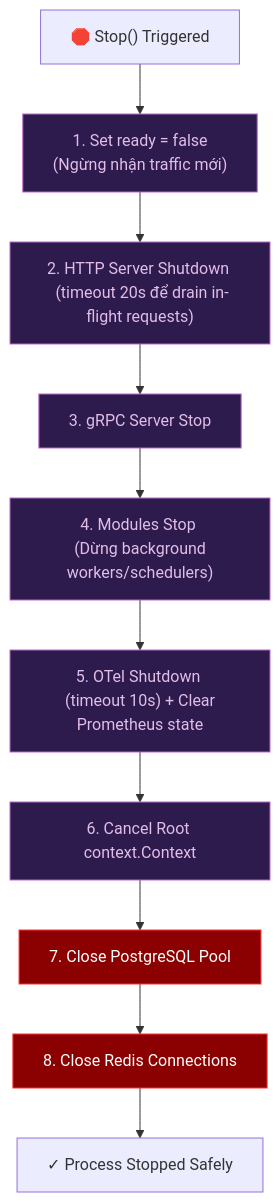
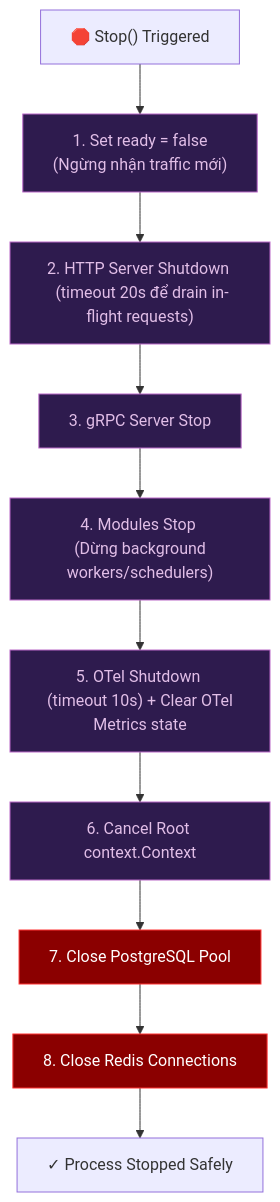
One commit to phucle996/aurora changed the third of 3 diagrams in controlplane/docs/contract/application-graph-canonical-contract.md. Above: the diagram before and after it, drawn with Mermaid. The commit also changed other lines of this file and 71 other files, not shown here.

Commit message:
refactor: consolidate observability metrics and migrate from Prometheus to OpenTelemetry across all services

````diff
--- a/controlplane/docs/contract/application-graph-canonical-contract.md
+++ b/controlplane/docs/contract/application-graph-canonical-contract.md
@@ -121,24 +121,24 @@
 ```mermaid
 flowchart TD
     %% Styling
     classDef stageStyle fill:#2E1B4E,stroke:#BA68C8,stroke-width:1px,color:#E1BEE7;
     classDef releaseStyle fill:#8B0000,stroke:#FF3333,stroke-width:1px,color:#FFFFFF;
 
     StopStart["🛑 Stop() Triggered"] --> ReadyState["1. Set ready = false <br/> (Ngừng nhận traffic mới)"]:::stageStyle
     
     %% Stop Ingress
     ReadyState --> HTTPStop["2. HTTP Server Shutdown <br/> (timeout 20s để drain in-flight requests)"]:::stageStyle
     HTTPStop --> GRPCStop["3. gRPC Server Stop"]:::stageStyle
     
     %% Stop Services
     GRPCStop --> ModStop["4. Modules Stop <br/> (Dừng background workers/schedulers)"]:::stageStyle
     
     %% Stop Observability
-    ModStop --> OTelStop["5. OTel Shutdown <br/> (timeout 10s) + Clear Prometheus state"]:::stageStyle
+    ModStop --> OTelStop["5. OTel Shutdown <br/> (timeout 10s) + Clear OTel Metrics state"]:::stageStyle
     OTelStop --> RootCtx["6. Cancel Root context.Context"]:::stageStyle
     
     %% Release connection
     RootCtx --> PSQLPool["7. Close PostgreSQL Pool"]:::releaseStyle
     PSQLPool --> RedisConn["8. Close Redis Connections"]:::releaseStyle
     RedisConn --> Complete["✓ Process Stopped Safely"]
 ```
````
